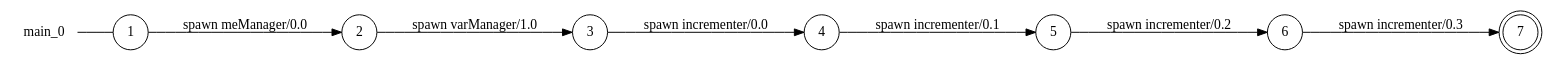
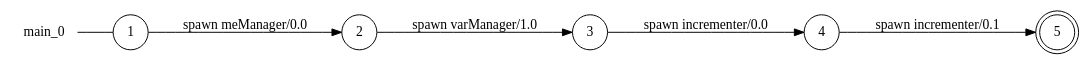
The diagram in examples/violation/main_0_local_view.dot (gabrielegenovese/chorer), drawn with Graphviz before and after one commit. The commit also changed 12 other files, not shown here.

```diff
--- a/examples/violation/main_0_local_view.dot
+++ b/examples/violation/main_0_local_view.dot
@@ -1,19 +1,15 @@
 digraph main_0 {
 	rankdir="LR";
 	n_0 [label="main_0", shape="plaintext"];
-	n_1 [id="5", shape=doublecircle, label="7"];
-	n_2 [id="6", shape=circle, label="5"];
-	n_3 [id="1", shape=circle, label="1"];
-	n_0 -> n_3 [arrowhead=none];
-	n_4 [id="2", shape=circle, label="2"];
-	n_5 [id="4", shape=circle, label="6"];
-	n_6 [id="7", shape=circle, label="3"];
-	n_7 [id="3", shape=circle, label="4"];
+	n_1 [id="5", shape=circle, label="3"];
+	n_2 [id="1", shape=circle, label="1"];
+	n_0 -> n_2 [arrowhead=none];
+	n_3 [id="2", shape=circle, label="2"];
+	n_4 [id="4", shape=doublecircle, label="5"];
+	n_5 [id="3", shape=circle, label="4"];
 
-	n_4 -> n_6 [id="[$e|4]", label="spawn varManager/1.0"];
-	n_3 -> n_4 [id="[$e|1]", label="spawn meManager/0.0"];
-	n_5 -> n_1 [id="[$e|3]", label="spawn incrementer/0.3"];
-	n_7 -> n_2 [id="[$e|0]", label="spawn incrementer/0.1"];
-	n_2 -> n_5 [id="[$e|2]", label="spawn incrementer/0.2"];
-	n_6 -> n_7 [id="[$e|5]", label="spawn incrementer/0.0"];
+	n_2 -> n_3 [id="[$e|1]", label="spawn meManager/0.0"];
+	n_1 -> n_5 [id="[$e|3]", label="spawn incrementer/0.0"];
+	n_5 -> n_4 [id="[$e|0]", label="spawn incrementer/0.1"];
+	n_3 -> n_1 [id="[$e|2]", label="spawn varManager/1.0"];
 }
```
